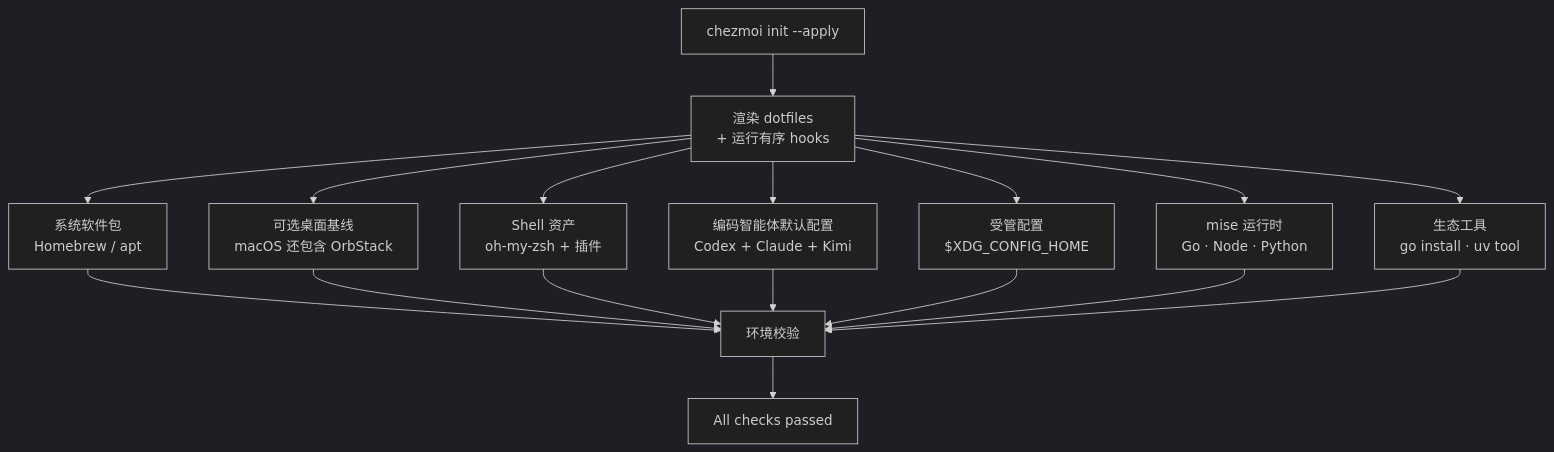
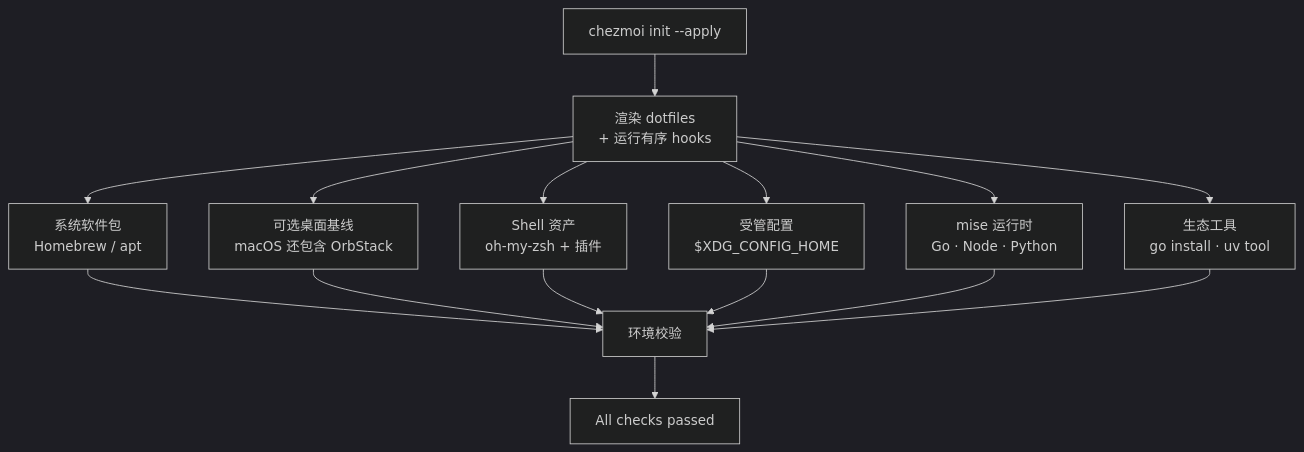
The diagram in README.zh.md (kangmingxuan/oh-my-devenv), drawn with Mermaid (dark theme) before and after one commit. The commit also changed other lines of this file and 20 other files, not shown here.

````diff
--- a/README.zh.md
+++ b/README.zh.md
@@ -31,19 +30,17 @@
 ```mermaid
 flowchart TD
     A["chezmoi init --apply"] --> B["渲染 dotfiles<br/>+ 运行有序 hooks"]
     B --> C["系统软件包<br/>Homebrew / apt"]
     B --> D["可选桌面基线<br/>macOS 还包含 OrbStack"]
     B --> E["Shell 资产<br/>oh-my-zsh + 插件"]
-    B --> A1["编码智能体默认配置<br/>Codex + Claude + Kimi"]
     B --> X["受管配置<br/>$XDG_CONFIG_HOME"]
     B --> F["mise 运行时<br/>Go · Node · Python"]
     B --> G["生态工具<br/>go install · uv tool"]
     C --> H["环境校验"]
     D --> H
     E --> H
-    A1 --> H
     X --> H
     F --> H
     G --> H
     H --> I["All checks passed"]
 ```
````
